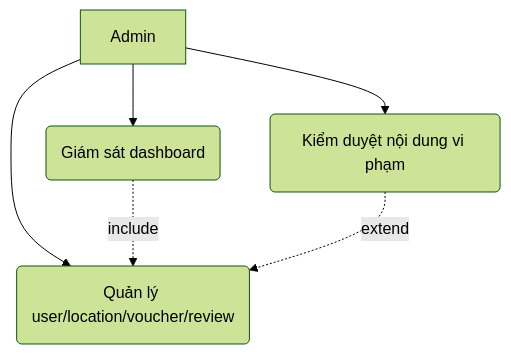
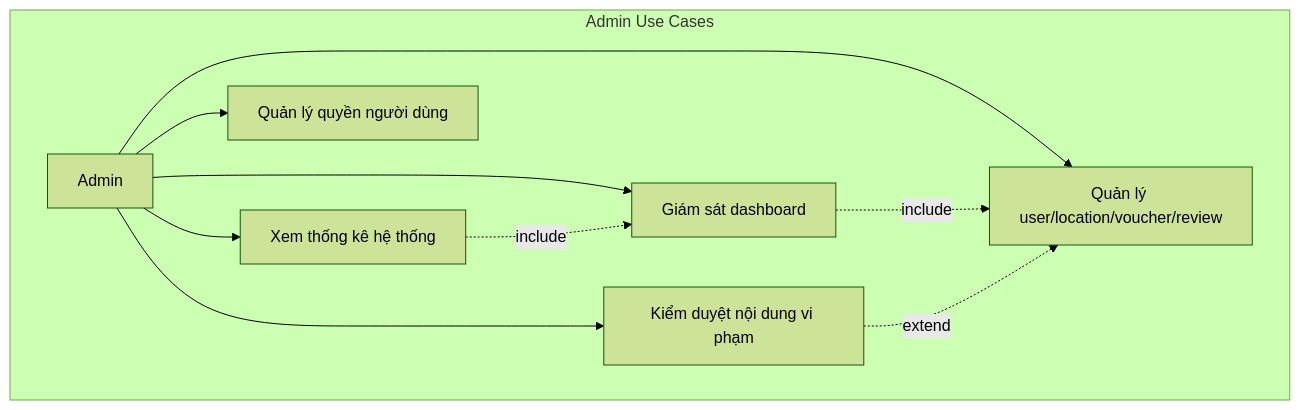
Before and after one commit to tamnguyen0K/voucher-management-system: the third of 19 diagrams in docs/system-architecture.md, drawn with Mermaid (forest theme). The commit also changed other lines of this file and 13 other files, not shown here.

````diff
--- a/docs/system-architecture.md
+++ b/docs/system-architecture.md
@@ -54,12 +73,20 @@
 ```mermaid
 flowchart TB
-    A[Admin]
-    AC1(Giám sát dashboard)
-    AC2(Quản lý user/location/voucher/review)
-    AC3(Kiểm duyệt nội dung vi phạm)
-    A --> AC1
-    A --> AC2
-    A --> AC3
-    AC1 -. include .-> AC2
-    AC3 -. extend .-> AC2
+    subgraph "Admin Use Cases"
+        A[Admin]
+        AC1[Giám sát dashboard]
+        AC2[Quản lý user/location/voucher/review]
+        AC3[Kiểm duyệt nội dung vi phạm]
+        AC4[Xem thống kê hệ thống]
+        AC5[Quản lý quyền người dùng]
+        
+        A --> AC1
+        A --> AC2
+        A --> AC3
+        A --> AC4
+        A --> AC5
+        AC1 -. include .-> AC2
+        AC3 -. extend .-> AC2
+        AC4 -. include .-> AC1
+    end
 ```
````
